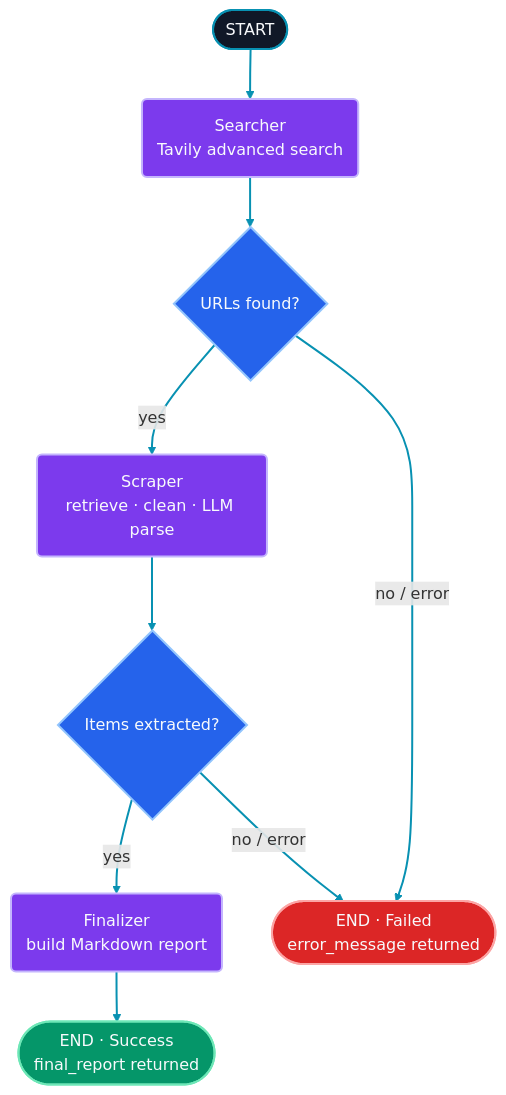
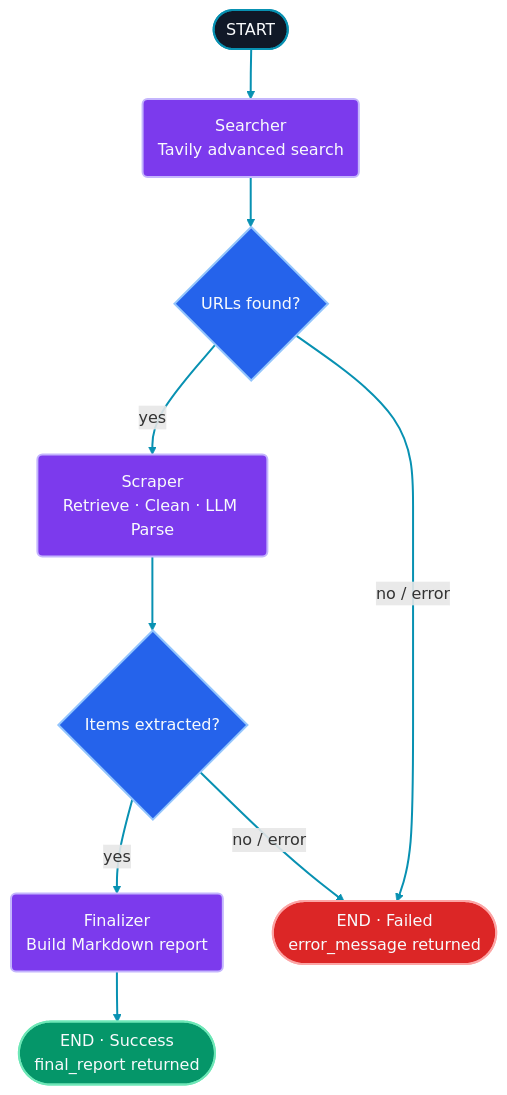
The second of 2 diagrams in README.md (mrfaizan-dev/CogniPulse-AI-Market-Intelligence), drawn with Mermaid before and after one commit. The commit also changed other lines of this file, not shown here.

````diff
--- a/README.md
+++ b/README.md
@@ -120,26 +261,26 @@
 ```mermaid
 flowchart TB
     S(["START"]):::start
     A("Searcher<br/>Tavily advanced search"):::agent
     D1{"URLs found?"}:::decision
-    B("Scraper<br/>retrieve · clean · LLM parse"):::agent
+    B("Scraper<br/>Retrieve · Clean · LLM Parse"):::agent
     D2{"Items extracted?"}:::decision
-    C("Finalizer<br/>build Markdown report"):::agent
+    C("Finalizer<br/>Build Markdown report"):::agent
     OK(["END · Success<br/>final_report returned"]):::success
     ERR(["END · Failed<br/>error_message returned"]):::error
 
     S --> A --> D1
     D1 -- "yes" --> B
     D1 -- "no / error" --> ERR
     B --> D2
     D2 -- "yes" --> C
     D2 -- "no / error" --> ERR
     C --> OK
 
     classDef start fill:#101827,stroke:#0891B2,stroke-width:2px,color:#F8FAFC;
     classDef agent fill:#7C3AED,stroke:#C4B5FD,stroke-width:2px,color:#F8FAFC;
     classDef decision fill:#2563EB,stroke:#93C5FD,stroke-width:2px,color:#F8FAFC;
     classDef success fill:#059669,stroke:#6EE7B7,stroke-width:2px,color:#F8FAFC;
     classDef error fill:#DC2626,stroke:#FCA5A5,stroke-width:2px,color:#F8FAFC;
     linkStyle default stroke:#0891B2,stroke-width:2px;
 ```
````
